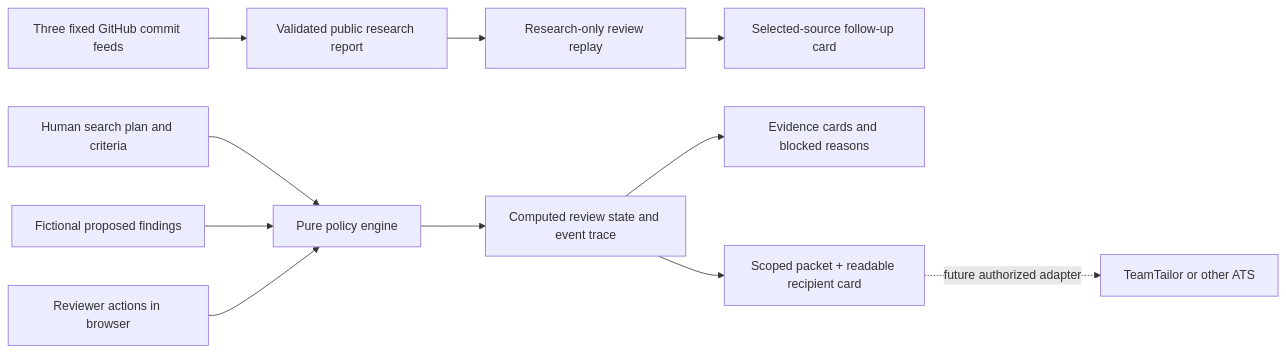
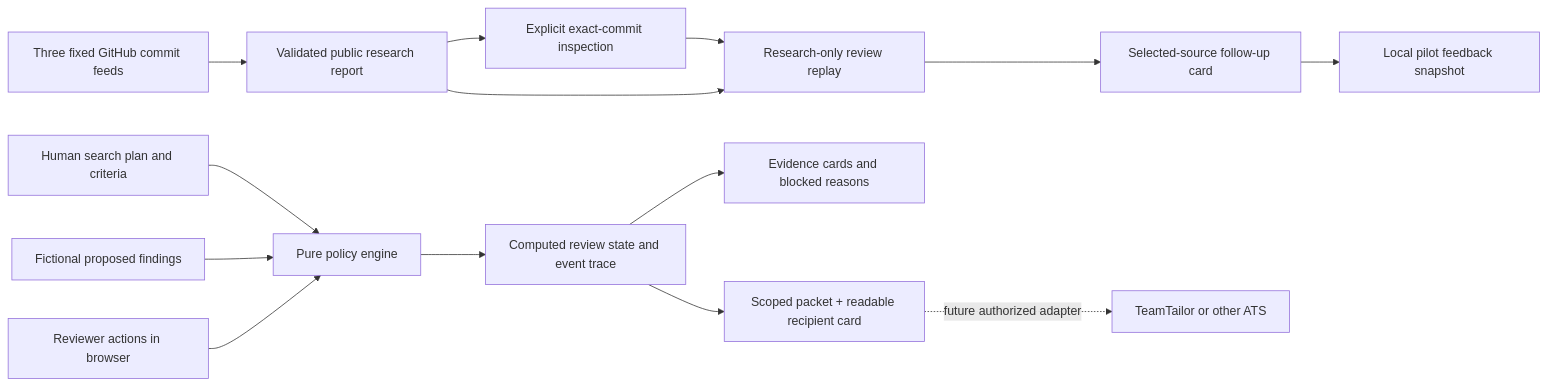
One commit to DiadkoShmek/talent-research-workflow-prototype changed the first of 3 diagrams in docs/architecture.md. Above: the diagram before and after it, drawn with Mermaid. The commit also changed other lines of this file and 35 other files, not shown here.

Commit message:
Add exact source inspection and pilot feedback loop

````diff
--- a/docs/architecture.md
+++ b/docs/architecture.md
@@ -19,13 +19,16 @@
 ```mermaid
 flowchart LR
     R[Three fixed GitHub commit feeds] --> RB[Validated public research report]
+    RB --> CI[Explicit exact-commit inspection]
+    CI --> RR
     RB --> RR[Research-only review replay]
     RR --> RH[Selected-source follow-up card]
+    RH --> PF[Local pilot feedback snapshot]
     B[Human search plan and criteria] --> E[Pure policy engine]
     F[Fictional proposed findings] --> E
     U[Reviewer actions in browser] --> E
     E --> Q[Computed review state and event trace]
     Q --> V[Evidence cards and blocked reasons]
     Q --> X[Scoped packet + readable recipient card]
     X -. future authorized adapter .-> ATS[TeamTailor or other ATS]
 ```
````
